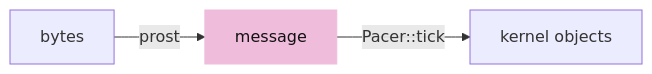
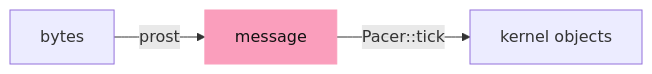
One commit to petrasvestartas/session changed the fourth of 8 diagrams in session_viewer/docs/14-loading.md. Above: the diagram before and after it, drawn with Mermaid. The commit also changed other lines of this file and 328 other files, not shown here.

First line of the commit message:
Course: the palette you sent, and mermaid drawn like the drawings

````diff
--- a/session_viewer/docs/14-loading.md
+++ b/session_viewer/docs/14-loading.md
@@ -101,5 +101,5 @@
 ```mermaid
 flowchart LR
     B["bytes"] -- "prost" --> M["message"] -- "Pacer::tick" --> K["kernel objects"]
-    style M fill:#f0bcdb,stroke:#f0bcdb,color:#111
+    style M fill:#fa9ebc,stroke:#fa9ebc,color:#111
 ```
````
